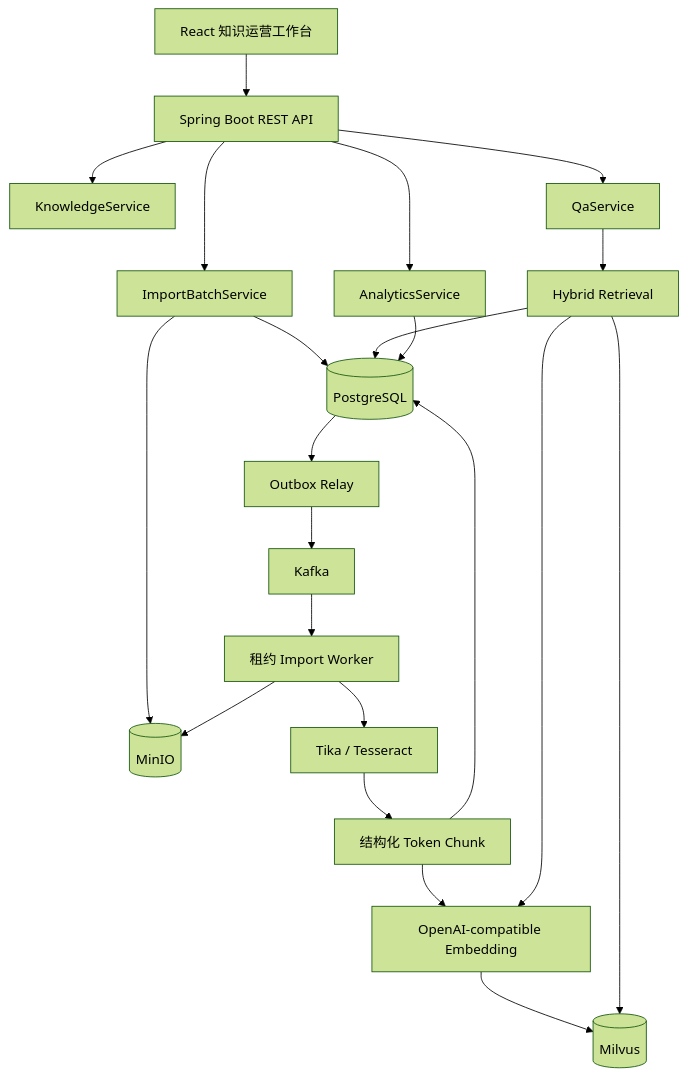
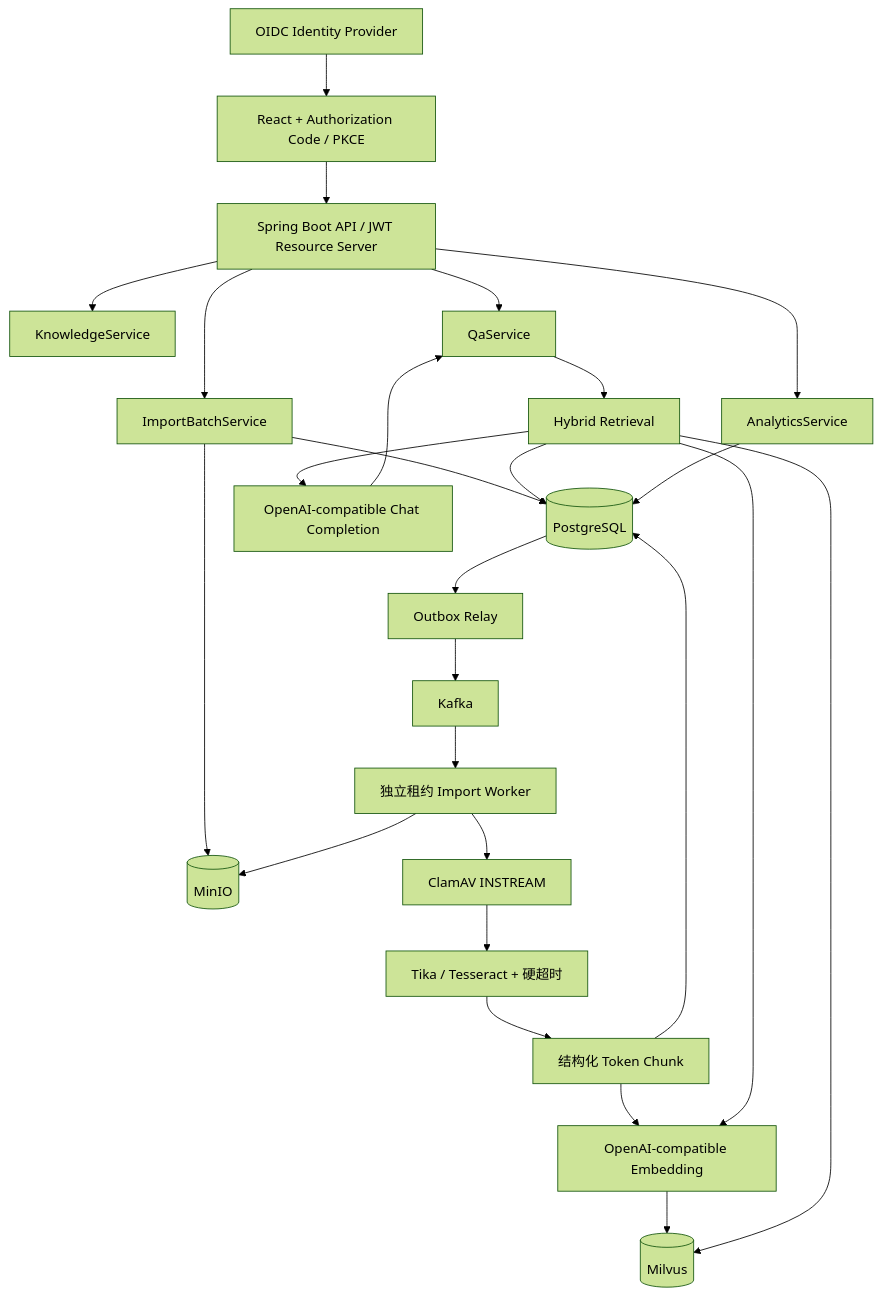
Before and after one commit to bingo-wz/MyRAG: the first of 2 diagrams in docs/ARCHITECTURE.md, drawn with Mermaid (forest theme). The commit also changed other lines of this file and 88 other files, not shown here.

````diff
--- a/docs/ARCHITECTURE.md
+++ b/docs/ARCHITECTURE.md
@@ -5,26 +5,30 @@
 ```mermaid
 flowchart TB
-    UI["React 知识运营工作台"] --> API["Spring Boot REST API"]
+    OIDC["OIDC Identity Provider"] --> UI["React + Authorization Code / PKCE"]
+    UI --> API["Spring Boot API / JWT Resource Server"]
     API --> KM["KnowledgeService"]
     API --> IM["ImportBatchService"]
     API --> QA["QaService"]
     API --> AN["AnalyticsService"]
 
     IM --> MINIO[("MinIO")]
     IM --> PG[("PostgreSQL")]
     PG --> OUTBOX["Outbox Relay"]
     OUTBOX --> KAFKA["Kafka"]
-    KAFKA --> LEASE["租约 Import Worker"]
+    KAFKA --> LEASE["独立租约 Import Worker"]
     LEASE --> MINIO
-    LEASE --> TIKA["Tika / Tesseract"]
+    LEASE --> AV["ClamAV INSTREAM"]
+    AV --> TIKA["Tika / Tesseract + 硬超时"]
     TIKA --> CHUNK["结构化 Token Chunk"]
     CHUNK --> EMB["OpenAI-compatible Embedding"]
     EMB --> MILVUS[("Milvus")]
     CHUNK --> PG
 
     QA --> RET["Hybrid Retrieval"]
     RET --> EMB
     RET --> MILVUS
     RET --> PG
+    RET --> LLM["OpenAI-compatible Chat Completion"]
+    LLM --> QA
     AN --> PG
 ```
````
